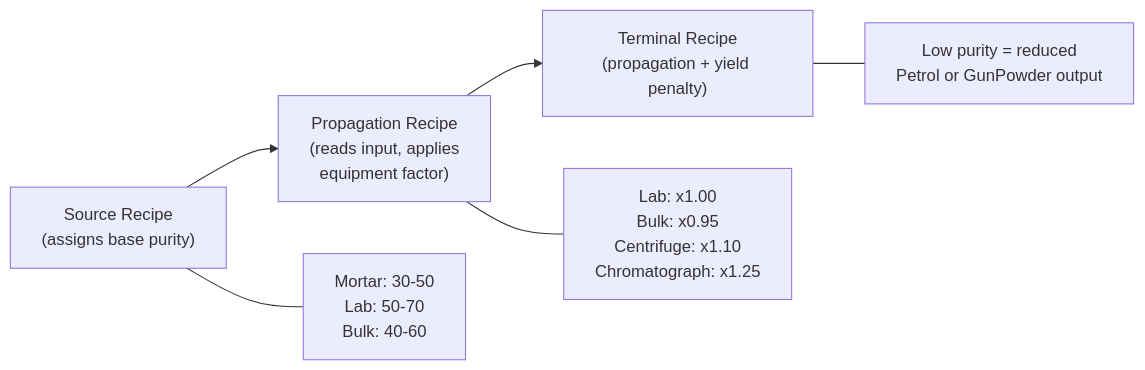
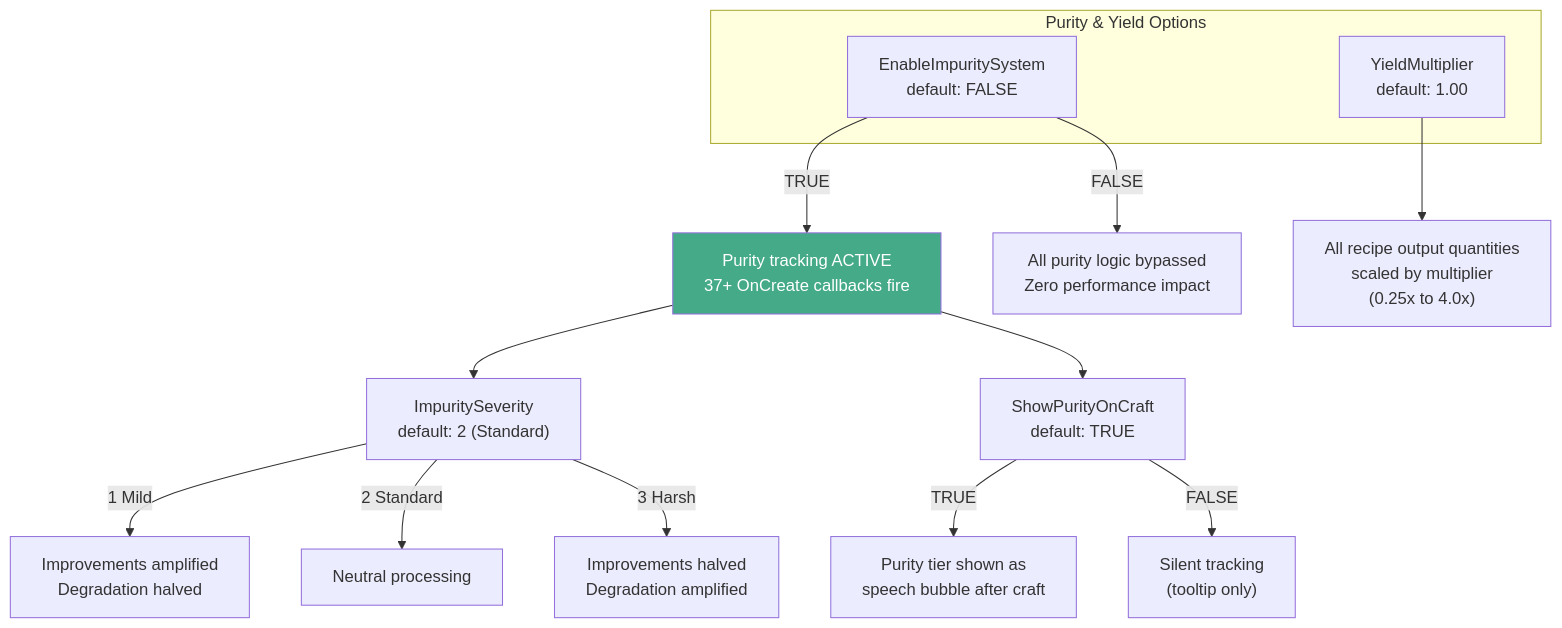
One commit to phobos-dthorga/mod-pz-chemistry-pathways changed the second of 2 diagrams in docs/diagrams/sandbox-gating.md. Above: the diagram before and after it, drawn with Mermaid. The commit also changed other lines of this file and 13 other files, not shown here.

Commit message:
docs: update documentation for v0.22.0 — changelog, README, mermaid diagrams, diagram docs, BBCode

````diff
--- a/docs/diagrams/sandbox-gating.md
+++ b/docs/diagrams/sandbox-gating.md
@@ -144,9 +64,23 @@
 ```mermaid
-graph LR
-    SRC["Source Recipe<br/>(assigns base purity)"] --> PROP["Propagation Recipe<br/>(reads input, applies<br/>equipment factor)"]
-    PROP --> TERM["Terminal Recipe<br/>(propagation + yield penalty)"]
+graph TB
+    subgraph OPTIONS["Purity & Yield Options"]
+        S4["EnableImpuritySystem<br/>default: FALSE"]
+        S7["YieldMultiplier<br/>default: 1.00"]
+    end
 
-    SRC --- S_NOTE["Mortar: 30-50<br/>Lab: 50-70<br/>Bulk: 40-60"]
-    PROP --- P_NOTE["Lab: x1.00<br/>Bulk: x0.95<br/>Centrifuge: x1.10<br/>Chromatograph: x1.25"]
-    TERM --- T_NOTE["Low purity = reduced<br/>Petrol or GunPowder output"]
+    S4 -->|"TRUE"| P_ON["Purity tracking ACTIVE<br/>37+ OnCreate callbacks fire"]
+    S4 -->|"FALSE"| P_OFF["All purity logic bypassed<br/>Zero performance impact"]
+
+    P_ON --> S5["ImpuritySeverity<br/>default: 2 (Standard)"]
+    S5 -->|"1 Mild"| SEV1["Improvements amplified<br/>Degradation halved"]
+    S5 -->|"2 Standard"| SEV2["Neutral processing"]
+    S5 -->|"3 Harsh"| SEV3["Improvements halved<br/>Degradation amplified"]
+
+    P_ON --> S6["ShowPurityOnCraft<br/>default: TRUE"]
+    S6 -->|"TRUE"| ANN_ON["Purity tier shown as<br/>speech bubble after craft"]
+    S6 -->|"FALSE"| ANN_OFF["Silent tracking<br/>(tooltip only)"]
+
+    S7 --> YIELD["All recipe output quantities<br/>scaled by multiplier<br/>(0.25x to 4.0x)"]
+
+    style P_ON fill:#4a8,color:#fff
 ```
````
